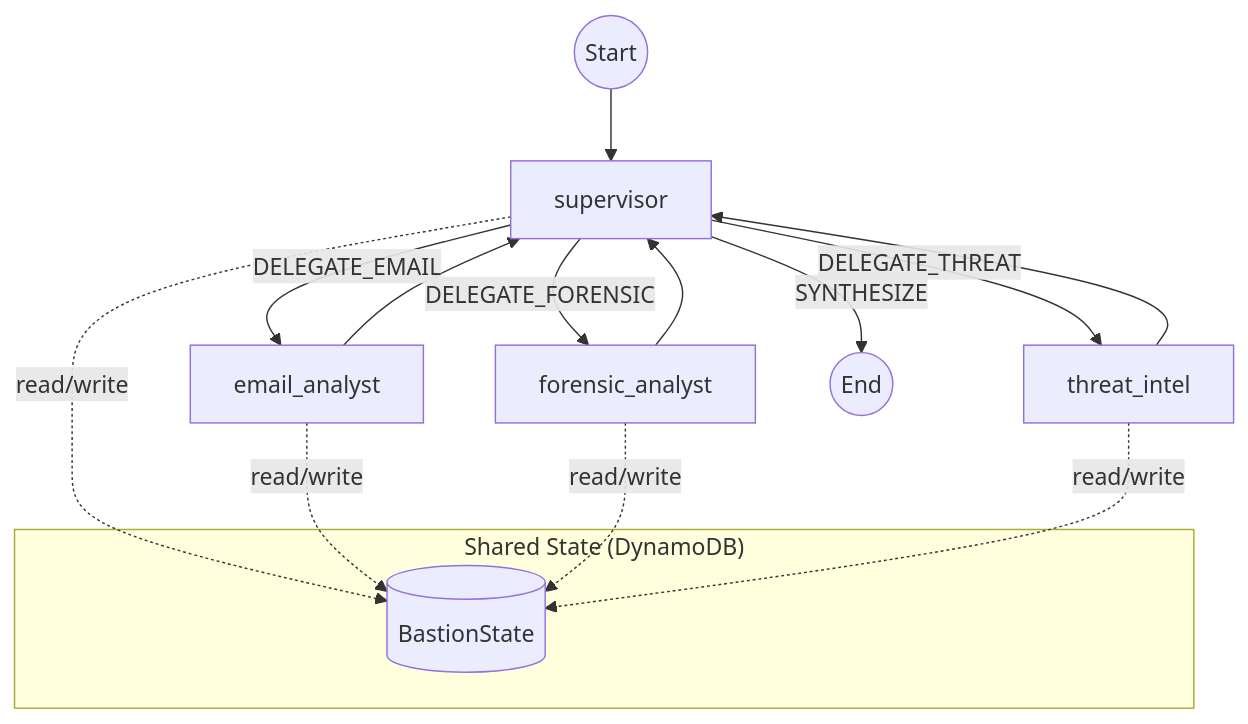
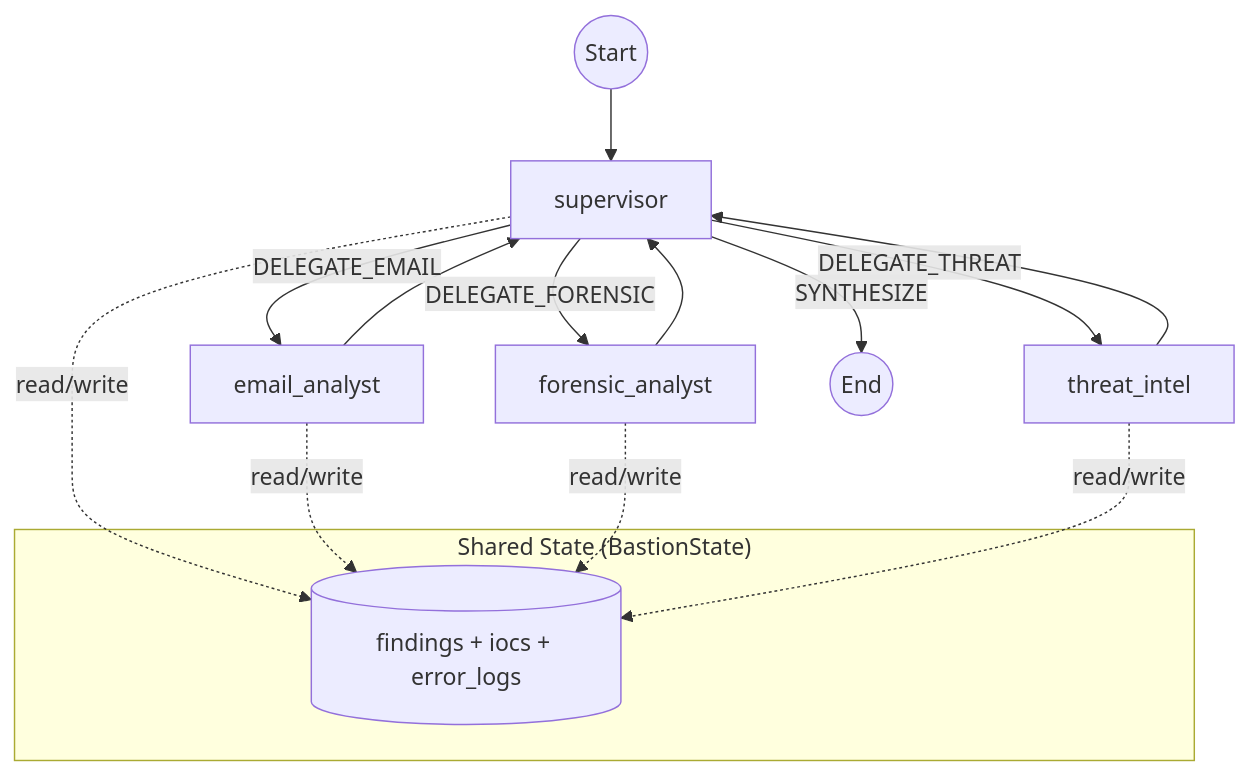
One commit to giangvt1/BASTION changed the first of 2 diagrams in Design.md. Above: the diagram before and after it, drawn with Mermaid. The commit also changed other lines of this file and 44 other files, not shown here.

````diff
--- a/Design.md
+++ b/Design.md
@@ -368,22 +441,22 @@
 ```mermaid
 graph TD
     START((Start)) --> supervisor
 
     supervisor -->|DELEGATE_EMAIL| email_analyst
     supervisor -->|DELEGATE_FORENSIC| forensic_analyst
     supervisor -->|DELEGATE_THREAT| threat_intel
     supervisor -->|SYNTHESIZE| END_NODE((End))
 
     email_analyst --> supervisor
     forensic_analyst --> supervisor
     threat_intel --> supervisor
 
-    subgraph "Shared State (DynamoDB)"
-        STATE[(BastionState)]
+    subgraph shared_state ["Shared State (BastionState)"]
+        STATE[(findings + iocs + error_logs)]
     end
 
     supervisor -.read/write.-> STATE
     email_analyst -.read/write.-> STATE
     forensic_analyst -.read/write.-> STATE
     threat_intel -.read/write.-> STATE
 ```
````
